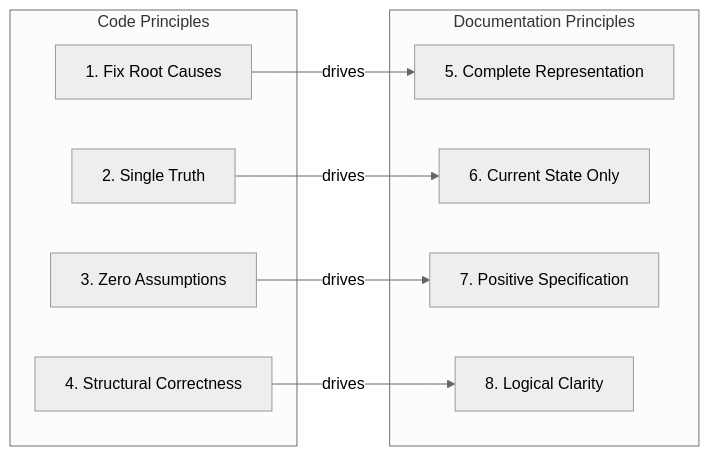
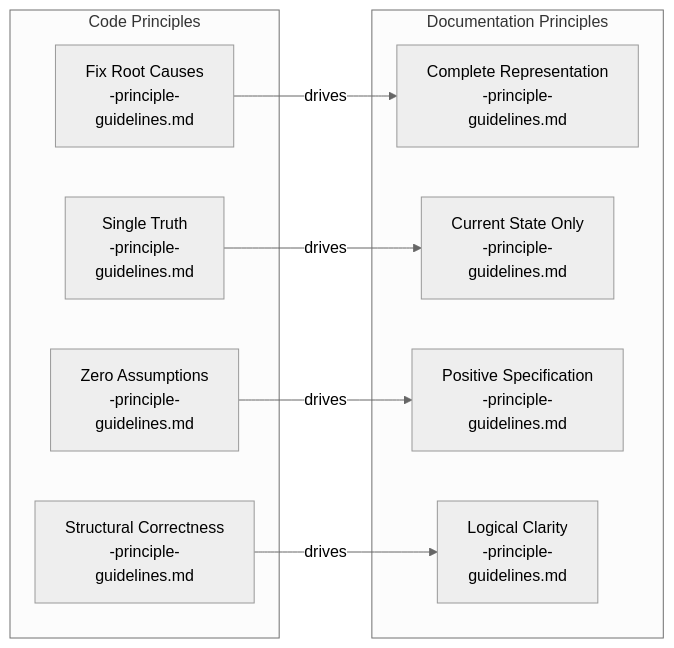
Before and after one commit to tdemelle-SiP/.claude: the second of 13 diagrams in guidelines/sip-documentation-guidelines-three-layer.md, drawn with Mermaid (neutral theme). The commit also changed other lines of this file and 1 other file, not shown here.

First line of the commit message:
refactored extension documentation to conform to the new three layer WHAT HOW WHY documentation framework outlined in the documentation guidelines.

````diff
--- a/guidelines/sip-documentation-guidelines-three-layer.md
+++ b/guidelines/sip-documentation-guidelines-three-layer.md
@@ -49,21 +63,21 @@
 ```mermaid
 graph LR
     subgraph "Code Principles"
-        P1[1. Fix Root Causes]
-        P2[2. Single Truth]
-        P3[3. Zero Assumptions]
-        P4[4. Structural Correctness]
+        P1[Fix Root Causes<br/>-principle-<br/>guidelines.md]
+        P2[Single Truth<br/>-principle-<br/>guidelines.md]
+        P3[Zero Assumptions<br/>-principle-<br/>guidelines.md]
+        P4[Structural Correctness<br/>-principle-<br/>guidelines.md]
     end
     
     subgraph "Documentation Principles"
-        P5[5. Complete Representation]
-        P6[6. Current State Only]
-        P7[7. Positive Specification]
-        P8[8. Logical Clarity]
+        P5[Complete Representation<br/>-principle-<br/>guidelines.md]
+        P6[Current State Only<br/>-principle-<br/>guidelines.md]
+        P7[Positive Specification<br/>-principle-<br/>guidelines.md]
+        P8[Logical Clarity<br/>-principle-<br/>guidelines.md]
     end
     
     P1 -->|drives| P5
     P2 -->|drives| P6
     P3 -->|drives| P7
     P4 -->|drives| P8
 ```
````
